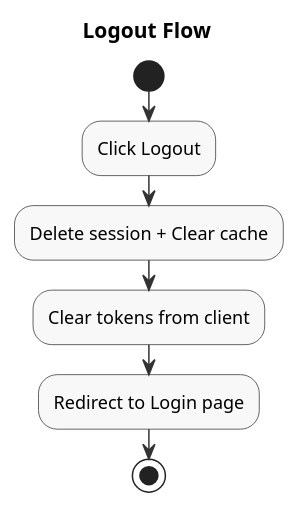
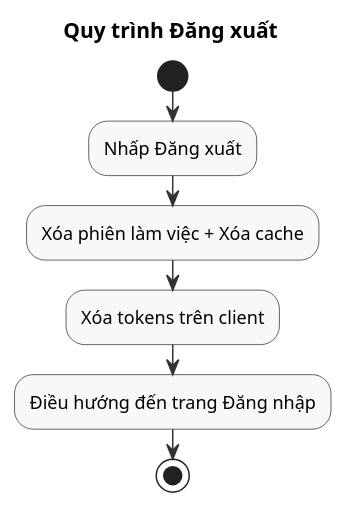
Before and after one commit to namnh240795/document: the diagram in modules/auth/diagrams/activity/logout-activity.puml, drawn with PlantUML. The commit also changed 163 other files, not shown here.

```diff
--- a/modules/auth/diagrams/activity/logout-activity.puml
+++ b/modules/auth/diagrams/activity/logout-activity.puml
@@ -1,28 +1,28 @@
 @startuml
 ' ============================================================
-' Activity Diagram - Logout Flow (Compact for A4)
+' Sơ đồ Hoạt động - Quy trình Đăng xuất (Compact for A4)
 ' ============================================================
 
 skinparam activity {
   BackgroundColor #F8F8F8
   BorderColor #333333
   ArrowColor #333333
   DiamondBackgroundColor #FFCC00
   DiamondBorderColor #333333
 }
 
-title Logout Flow
+title Quy trình Đăng xuất
 
 start
 
-:Click Logout;
+:Nhấp Đăng xuất;
 
-:Delete session + Clear cache;
+:Xóa phiên làm việc + Xóa cache;
 
-:Clear tokens from client;
+:Xóa tokens trên client;
 
-:Redirect to Login page;
+:Điều hướng đến trang Đăng nhập;
 
 stop
 
 @enduml
```
